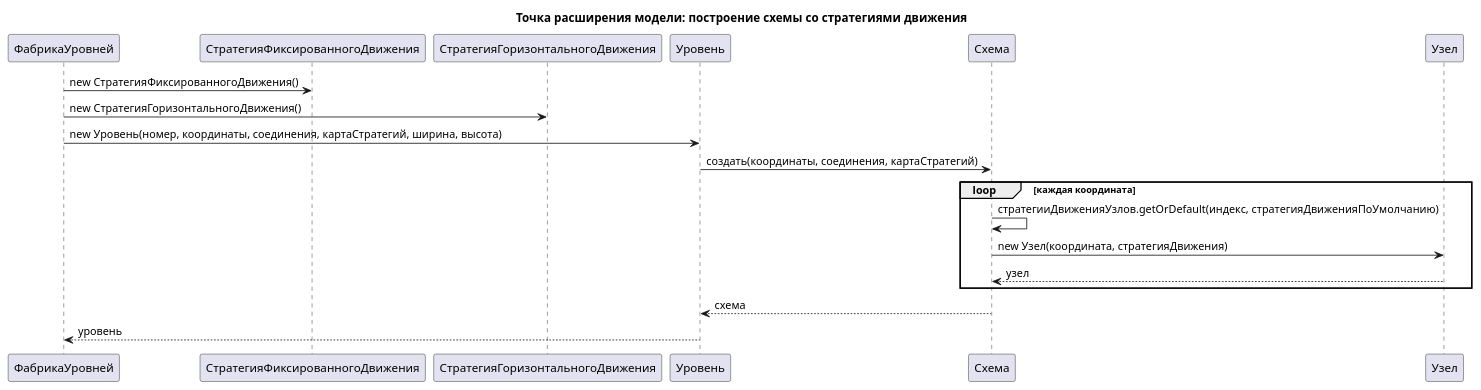
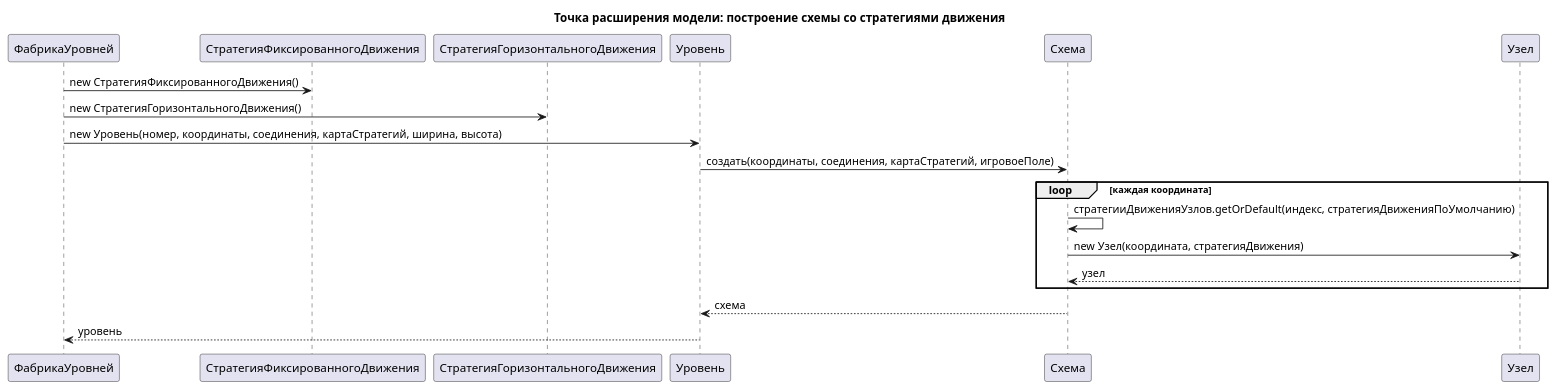
One commit to dmitriyBreyfogel/Untangle changed the diagram in diagrams/Point of extension/Model sequence diagrams/01 Build scheme with movement strategies.puml. Above: the diagram before and after it, drawn with PlantUML. The commit also changed 15 other files, not shown here.

Commit message:
[model] Убрана связь игрового поля со схемой

```diff
--- a/diagrams/Point of extension/Model sequence diagrams/01 Build scheme with movement strategies.puml
+++ b/diagrams/Point of extension/Model sequence diagrams/01 Build scheme with movement strategies.puml
@@ -1,23 +1,23 @@
 @startuml
 title Точка расширения модели: построение схемы со стратегиями движения
 
 participant "ФабрикаУровней" as ФабрикаУровней
 participant "СтратегияФиксированногоДвижения" as СтратегияФиксированногоДвижения
 participant "СтратегияГоризонтальногоДвижения" as СтратегияГоризонтальногоДвижения
 participant "Уровень" as Уровень
 participant "Схема" as Схема
 participant "Узел" as Узел
 
 ФабрикаУровней -> СтратегияФиксированногоДвижения : new СтратегияФиксированногоДвижения()
 ФабрикаУровней -> СтратегияГоризонтальногоДвижения : new СтратегияГоризонтальногоДвижения()
 ФабрикаУровней -> Уровень : new Уровень(номер, координаты, соединения, картаСтратегий, ширина, высота)
-Уровень -> Схема : создать(координаты, соединения, картаСтратегий)
+Уровень -> Схема : создать(координаты, соединения, картаСтратегий, игровоеПоле)
 loop каждая координата
     Схема -> Схема : стратегииДвиженияУзлов.getOrDefault(индекс, стратегияДвиженияПоУмолчанию)
     Схема -> Узел : new Узел(координата, стратегияДвижения)
     Узел --> Схема : узел
 end
 Схема --> Уровень : схема
 Уровень --> ФабрикаУровней : уровень
 
 @enduml
```
